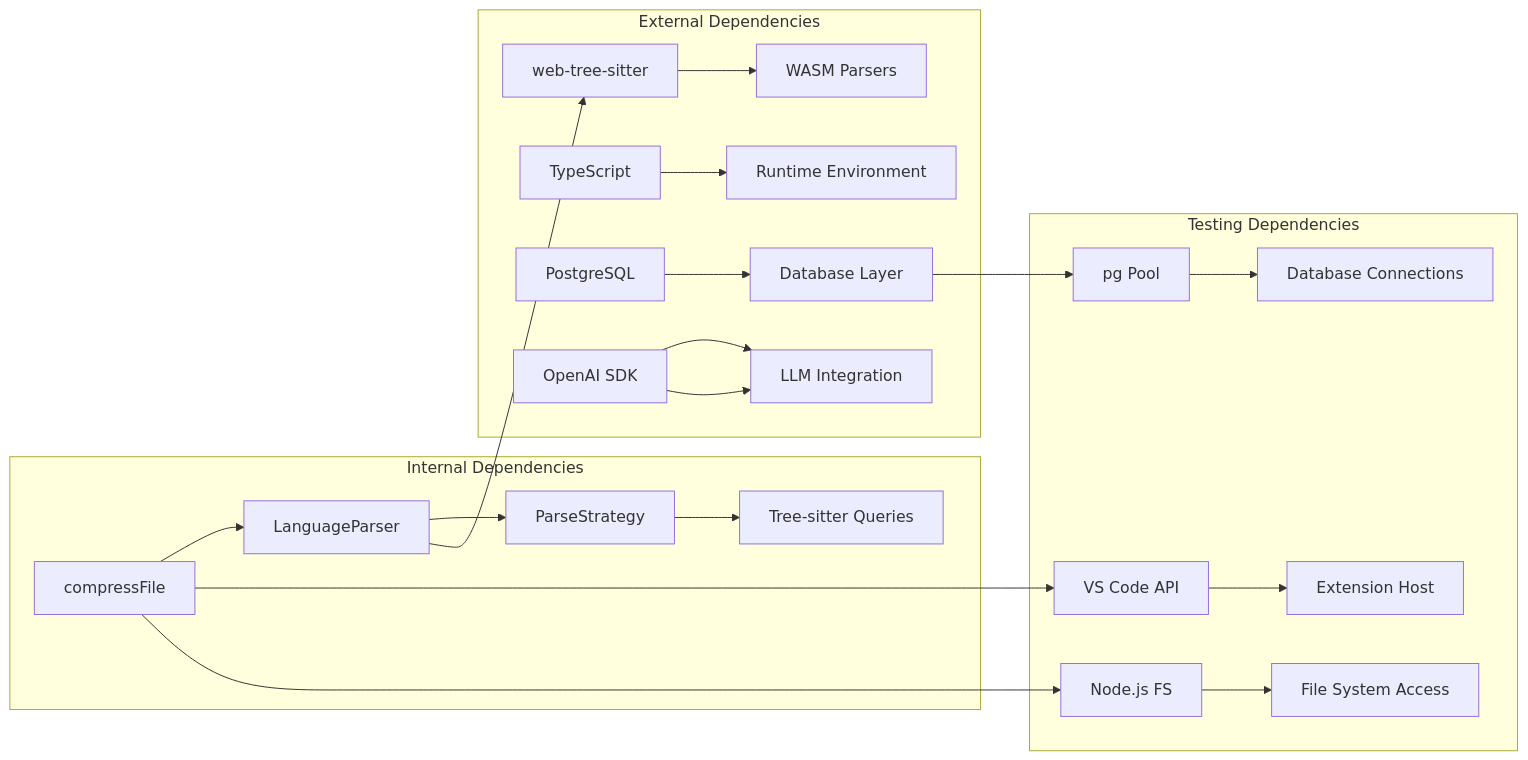
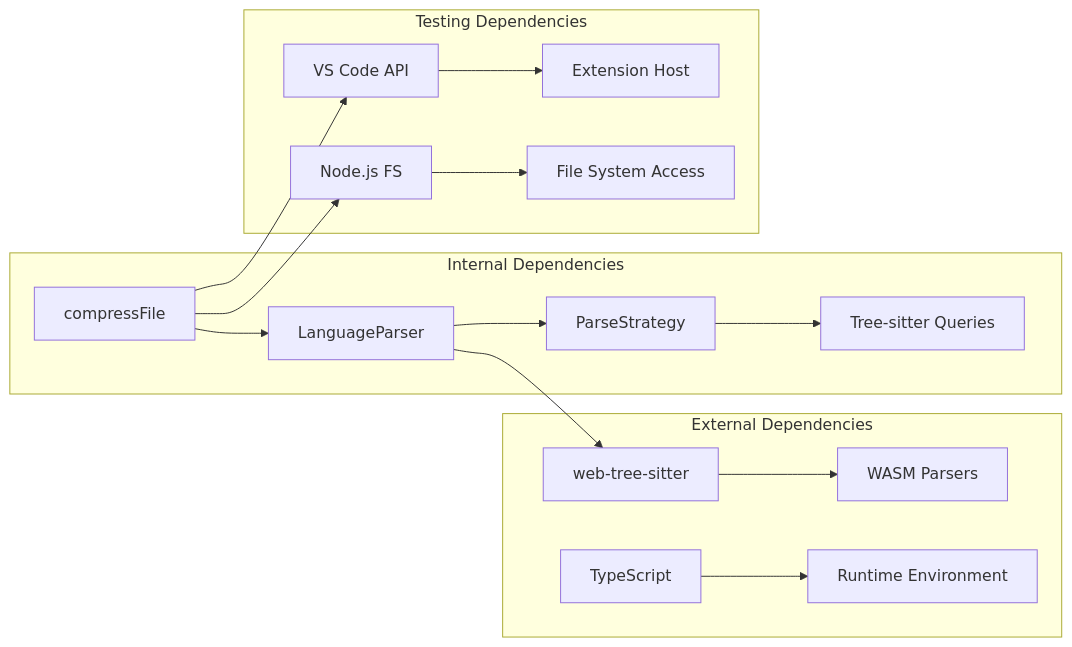
Before and after one commit to bramburn/repomix-runner: the sixth of 6 diagrams in .qoder/repowiki/en/content/Testing Framework/Compression Testing Framework.md, drawn with Mermaid. The commit also changed other lines of this file and 41 other files, not shown here.

````diff
--- a/.qoder/repowiki/en/content/Testing Framework/Compression Testing Framework.md
+++ b/.qoder/repowiki/en/content/Testing Framework/Compression Testing Framework.md
@@ -338,24 +277,19 @@
 ```mermaid
 graph LR
 subgraph "Internal Dependencies"
 A[compressFile] --> B[LanguageParser]
 B --> C[ParseStrategy]
 C --> D[Tree-sitter Queries]
 end
 subgraph "External Dependencies"
 E[web-tree-sitter] --> F[WASM Parsers]
 G[TypeScript] --> H[Runtime Environment]
-I[PostgreSQL] --> J[Database Layer]
-K[OpenAI SDK] --> L[LLM Integration]
 end
 subgraph "Testing Dependencies"
-M[VS Code API] --> N[Extension Host]
-O[Node.js FS] --> P[File System Access]
-Q[pg Pool] --> R[Database Connections]
+I[VS Code API] --> J[Extension Host]
+K[Node.js FS] --> L[File System Access]
 end
 B --> E
-A --> M
-A --> O
-J --> Q
-K --> L
+A --> I
+A --> K
 ```
````
